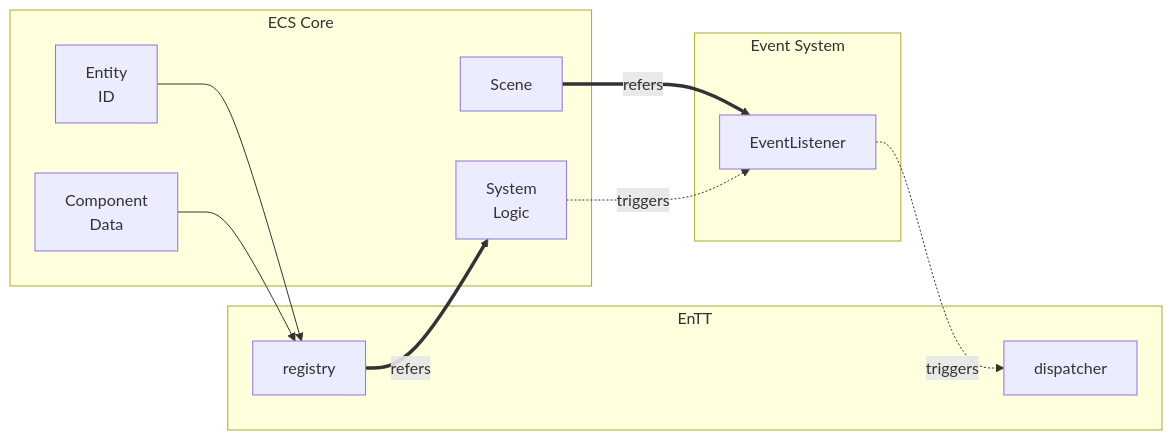
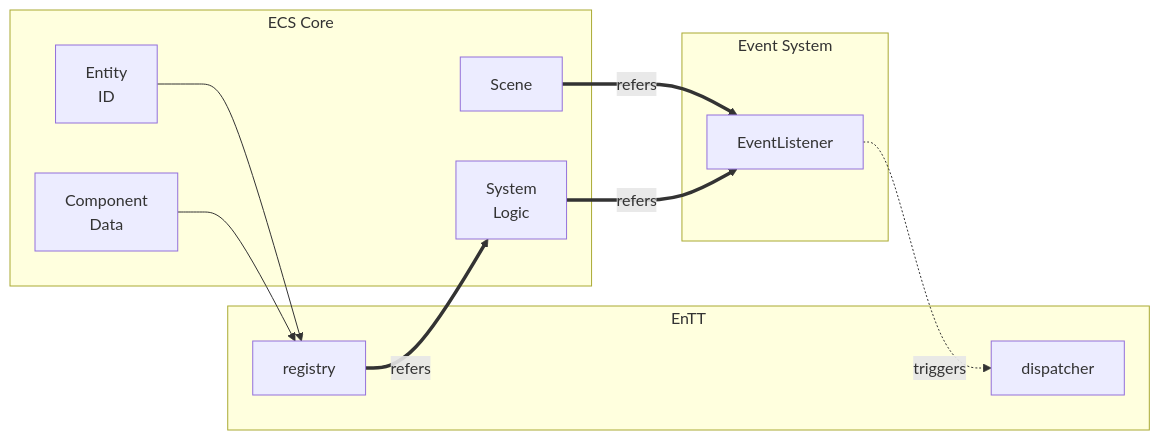
The fourth of 5 diagrams in docs/architecture.md (Siegward-of-Catarina/ShootingGame), drawn with Mermaid before and after one commit.

Commit message:
Change System→EventListener relationship to refers (System holds EventListener reference)

````diff
--- a/docs/architecture.md
+++ b/docs/architecture.md
@@ -138,25 +138,25 @@
 ```mermaid
 graph LR
     subgraph "ECS Core"
         E[Entity<br/>ID]
         C[Component<br/>Data]
         S[System<br/>Logic]
         Scene[Scene]
     end
     
     subgraph "EnTT"
         R[registry]
         D[dispatcher]
     end
     
     subgraph "Event System"
         EL[EventListener]
     end
     
     E --> R
     C --> R
     R ==refers==> S
     Scene ==refers==> EL
-    S -.triggers.-> EL
+    S ==refers==> EL
     EL -.triggers.-> D
 ```
````
